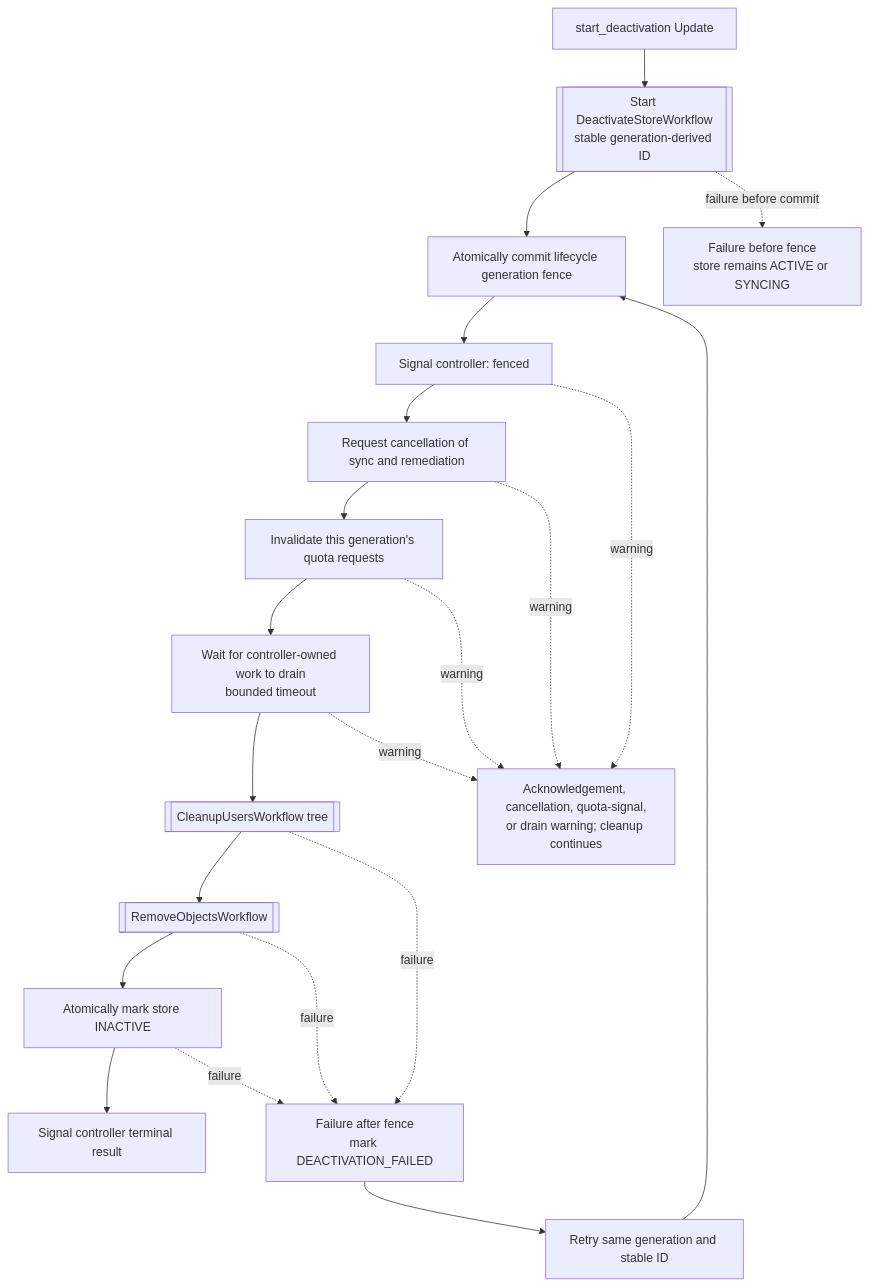
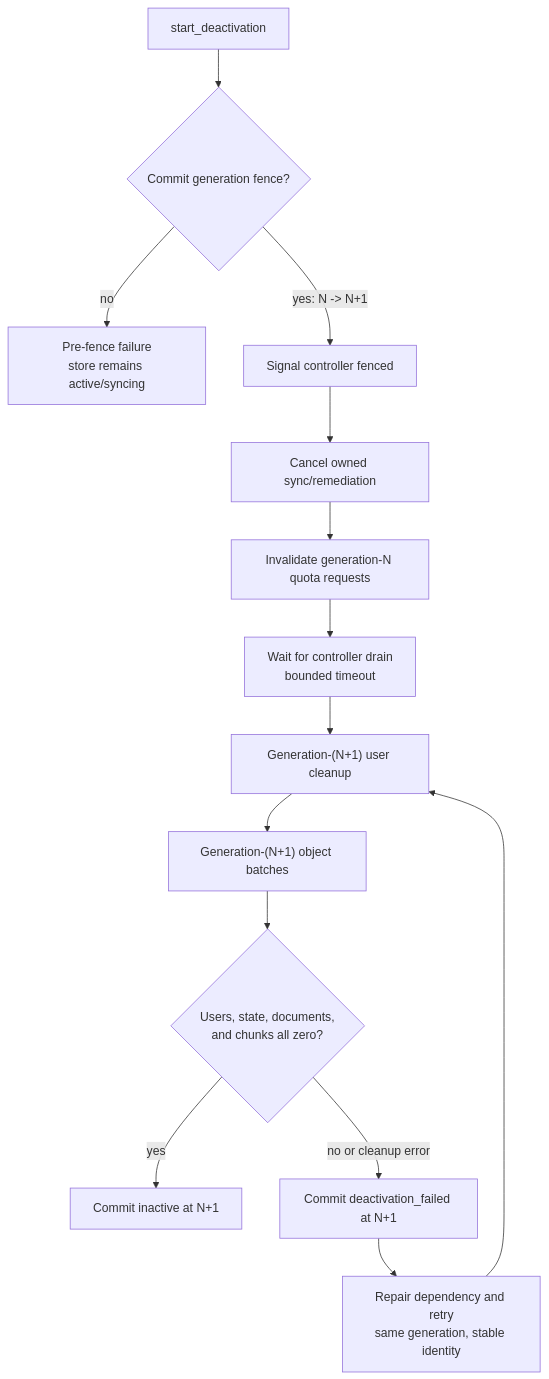
Before and after one commit to temporal-sa/golden-retriever: the sixth of 6 diagrams in docs/workflow-topology.md, drawn with Mermaid. The commit also changed other lines of this file and 106 other files, not shown here.

````diff
--- a/docs/workflow-topology.md
+++ b/docs/workflow-topology.md
@@ -232,29 +266,16 @@
 ```mermaid
 flowchart TB
-    command["start_deactivation Update"]
-    start[["Start DeactivateStoreWorkflow<br/>stable generation-derived ID"]]
-    fence["Atomically commit lifecycle generation fence"]
-    acknowledge["Signal controller: fenced"]
-    cancel["Request cancellation of sync and remediation"]
-    quota["Invalidate this generation's quota requests"]
-    drain["Wait for controller-owned work to drain<br/>bounded timeout"]
-    users[["CleanupUsersWorkflow tree"]]
-    objects[["RemoveObjectsWorkflow"]]
-    inactive["Atomically mark store INACTIVE"]
-    terminal["Signal controller terminal result"]
-    prefail["Failure before fence<br/>store remains ACTIVE or SYNCING"]
-    postfail["Failure after fence<br/>mark DEACTIVATION_FAILED"]
-    retry["Retry same generation and stable ID"]
-    partial["Acknowledgement, cancellation, quota-signal,<br/>or drain warning; cleanup continues"]
-
-    command --> start --> fence --> acknowledge --> cancel --> quota --> drain --> users --> objects --> inactive --> terminal
-    start -.->|"failure before commit"| prefail
-    acknowledge -.->|"warning"| partial
-    cancel -.->|"warning"| partial
-    quota -.->|"warning"| partial
-    drain -.->|"warning"| partial
-    users -.->|"failure"| postfail
-    objects -.->|"failure"| postfail
-    inactive -.->|"failure"| postfail
-    postfail --> retry --> fence
+    command["start_deactivation"] --> fence{"Commit generation fence?"}
+    fence -->|"no"| prefail["Pre-fence failure<br/>store remains active/syncing"]
+    fence -->|"yes: N -> N+1"| ack["Signal controller fenced"]
+    ack --> cancel["Cancel owned sync/remediation"]
+    cancel --> quota["Invalidate generation-N quota requests"]
+    quota --> drain["Wait for controller drain<br/>bounded timeout"]
+    drain --> users["Generation-(N+1) user cleanup"]
+    users --> objects["Generation-(N+1) object batches"]
+    objects --> zero{"Users, state, documents,<br/>and chunks all zero?"}
+    zero -->|"yes"| inactive["Commit inactive at N+1"]
+    zero -->|"no or cleanup error"| failed["Commit deactivation_failed at N+1"]
+    failed --> retry["Repair dependency and retry<br/>same generation, stable identity"]
+    retry --> users
 ```
````
